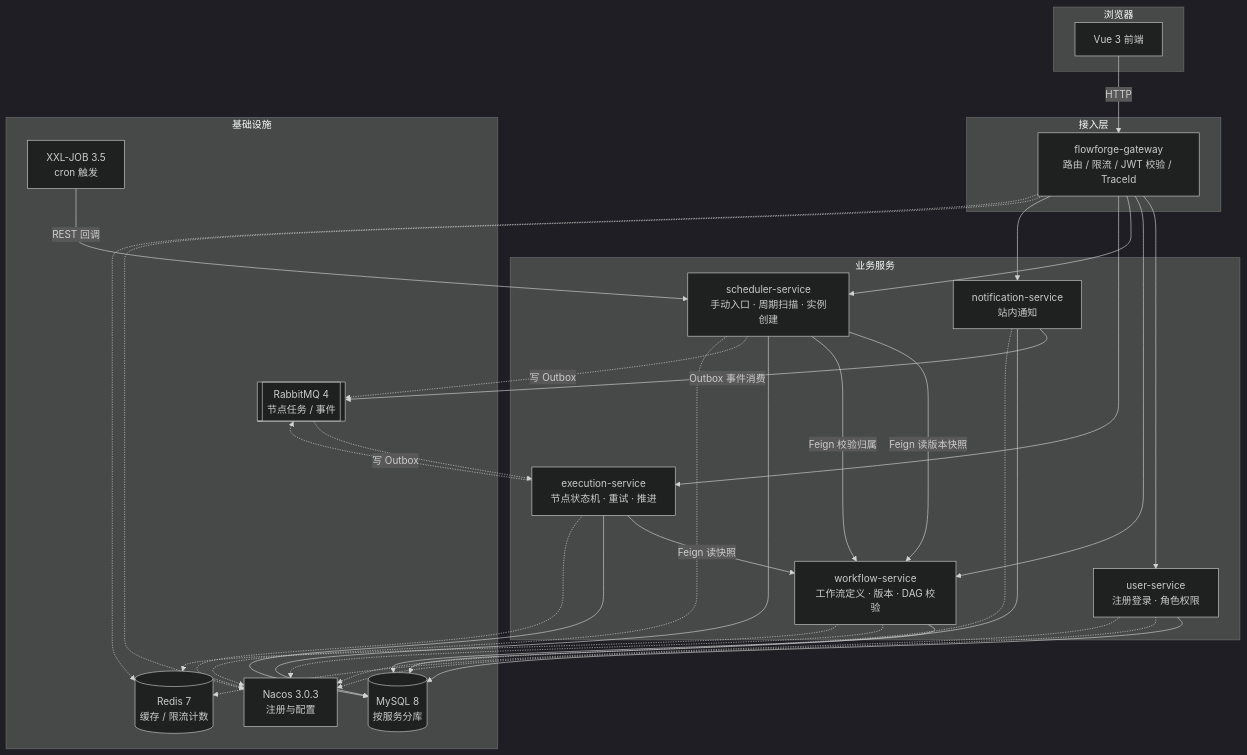
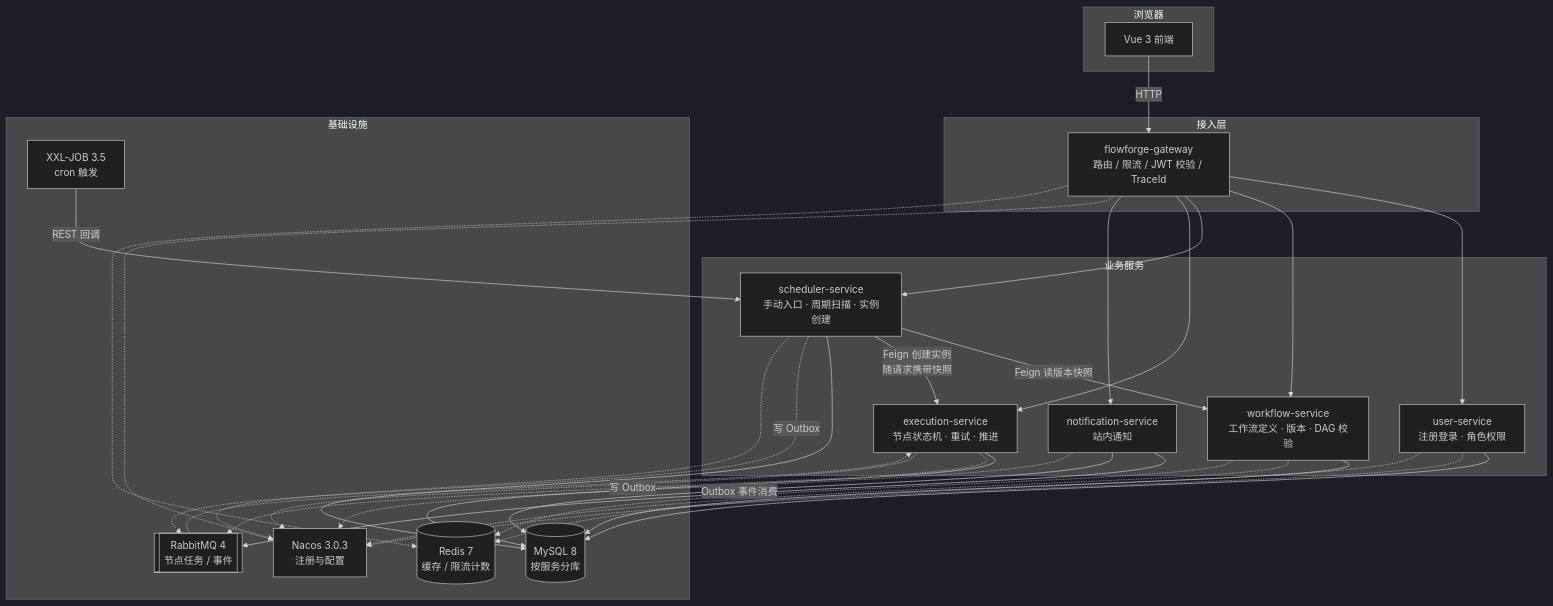
Before and after one commit to xq945/FlowForge: the first of 2 diagrams in docs/02-架构与技术选型.md, drawn with Mermaid (dark theme). The commit also changed other lines of this file and 111 other files, not shown here.

````diff
--- a/docs/02-架构与技术选型.md
+++ b/docs/02-架构与技术选型.md
@@ -5,61 +5,60 @@
 ```mermaid
 flowchart TB
     subgraph Client["浏览器"]
         FE["Vue 3 前端"]
     end
 
     subgraph Edge["接入层"]
         GW["flowforge-gateway<br/>路由 / 限流 / JWT 校验 / TraceId"]
     end
 
     subgraph Biz["业务服务"]
         US["user-service<br/>注册登录 · 角色权限"]
         WS["workflow-service<br/>工作流定义 · 版本 · DAG 校验"]
         SS["scheduler-service<br/>手动入口 · 周期扫描 · 实例创建"]
         ES["execution-service<br/>节点状态机 · 重试 · 推进"]
         NS["notification-service<br/>站内通知"]
     end
 
     subgraph Infra["基础设施"]
         NACOS["Nacos 3.0.3<br/>注册与配置"]
         MYSQL[("MySQL 8<br/>按服务分库")]
         REDIS[("Redis 7<br/>缓存 / 限流计数")]
         MQ[["RabbitMQ 4<br/>节点任务 / 事件"]]
         XXL["XXL-JOB 3.5<br/>cron 触发"]
     end
 
     FE -->|HTTP| GW
     GW --> US
     GW --> WS
     GW --> SS
     GW --> ES
     GW --> NS
 
     SS -->|Feign 读版本快照| WS
-    SS -->|Feign 校验归属| WS
-    ES -->|Feign 读快照| WS
+    SS -->|Feign 创建实例<br/>随请求携带快照| ES
     NS -->|Outbox 事件消费| MQ
 
     WS --> MYSQL
     US --> MYSQL
     SS --> MYSQL
     ES --> MYSQL
     NS --> MYSQL
 
     SS -.->|写 Outbox| MQ
     ES -.->|写 Outbox| MQ
     MQ -.-> ES
 
     XXL -->|REST 回调| SS
 
     US -.-> NACOS
     WS -.-> NACOS
     SS -.-> NACOS
     ES -.-> NACOS
     NS -.-> NACOS
     GW -.-> NACOS
 
     GW -.-> REDIS
     US -.-> REDIS
     WS -.-> REDIS
 ```
````
